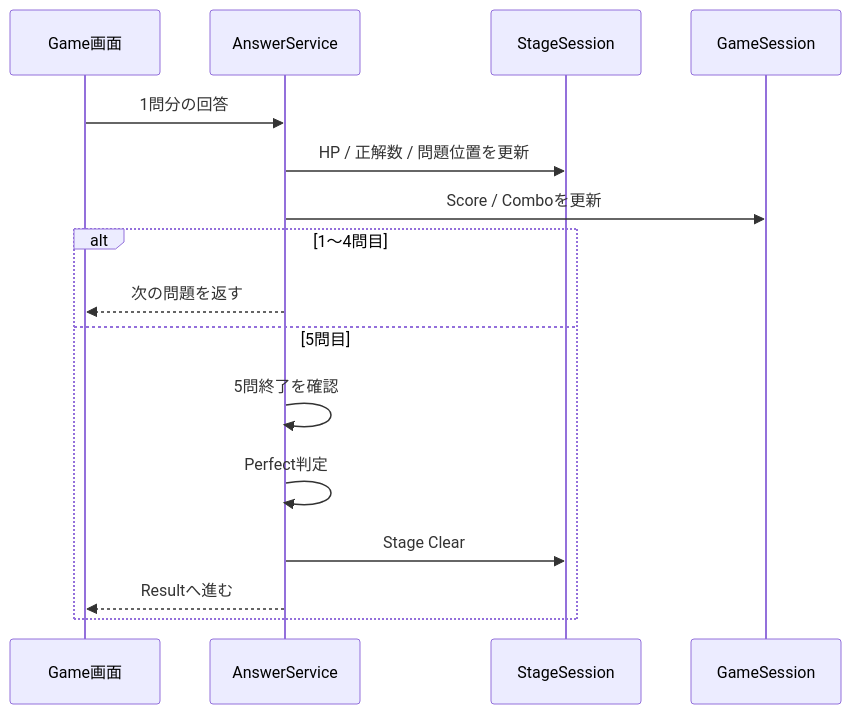
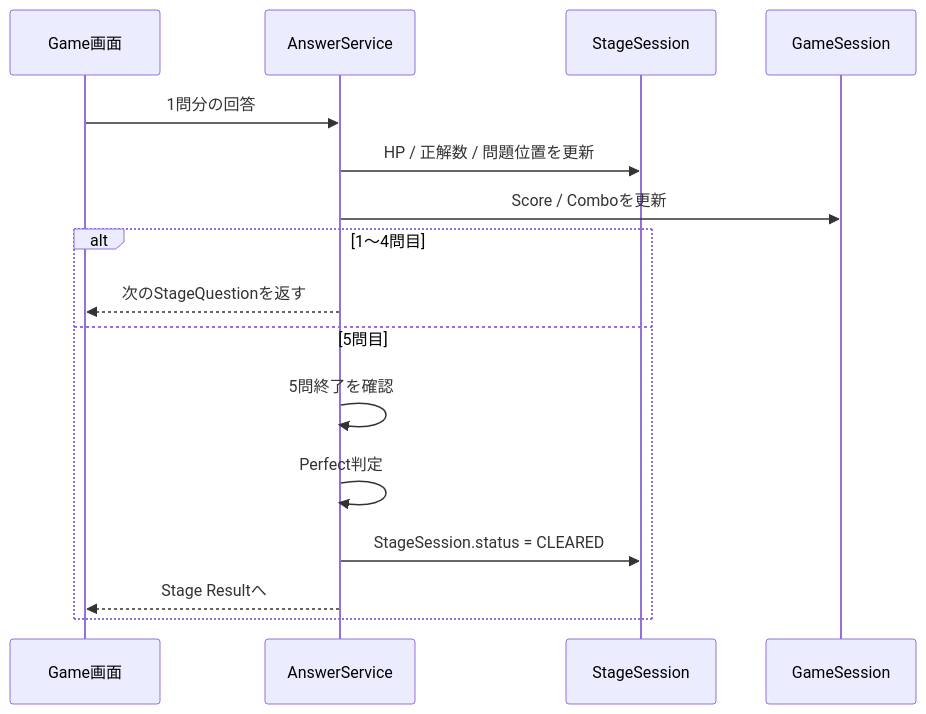
One commit to suu-dev-0203/graduation_JAVAgame changed diagram 22 of 30 in README.md. Above: the diagram before and after it, drawn with Mermaid. The commit also changed other lines of this file, not shown here.

````diff
--- a/README.md
+++ b/README.md
@@ -748,20 +848,20 @@
 ```mermaid
 sequenceDiagram
     participant UI as Game画面
     participant AS as AnswerService
     participant SS as StageSession
     participant GS as GameSession
 
     UI->>AS: 1問分の回答
     AS->>SS: HP / 正解数 / 問題位置を更新
     AS->>GS: Score / Comboを更新
 
     alt 1～4問目
-        AS-->>UI: 次の問題を返す
+        AS-->>UI: 次のStageQuestionを返す
     else 5問目
         AS->>AS: 5問終了を確認
         AS->>AS: Perfect判定
-        AS->>SS: Stage Clear
-        AS-->>UI: Resultへ進む
+        AS->>SS: StageSession.status = CLEARED
+        AS-->>UI: Stage Resultへ
     end
 ```
````
